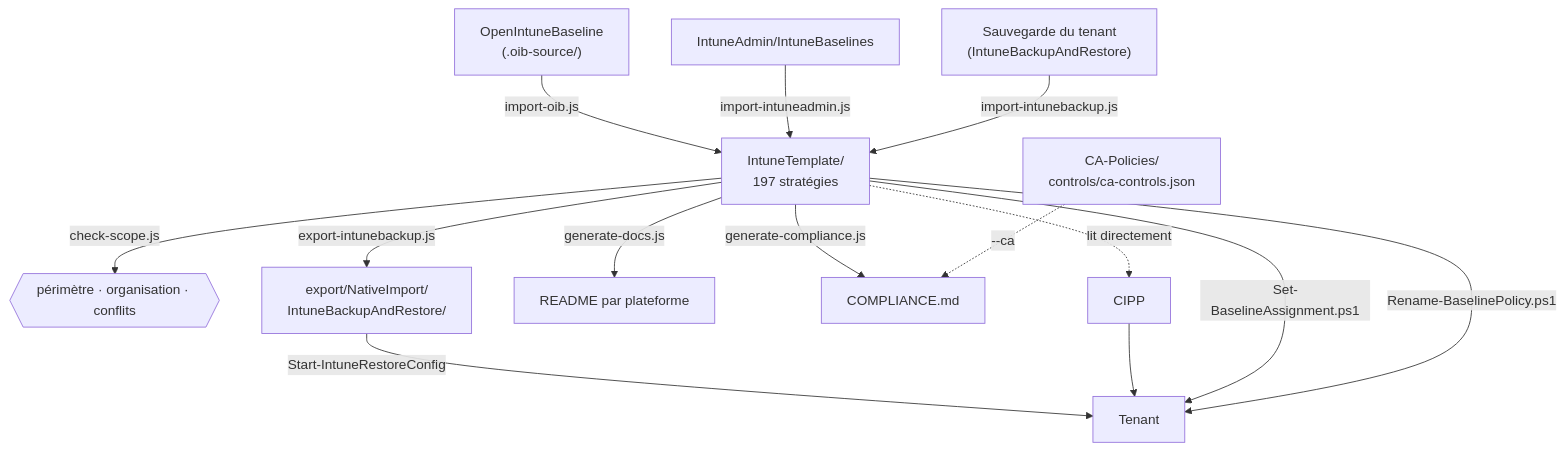
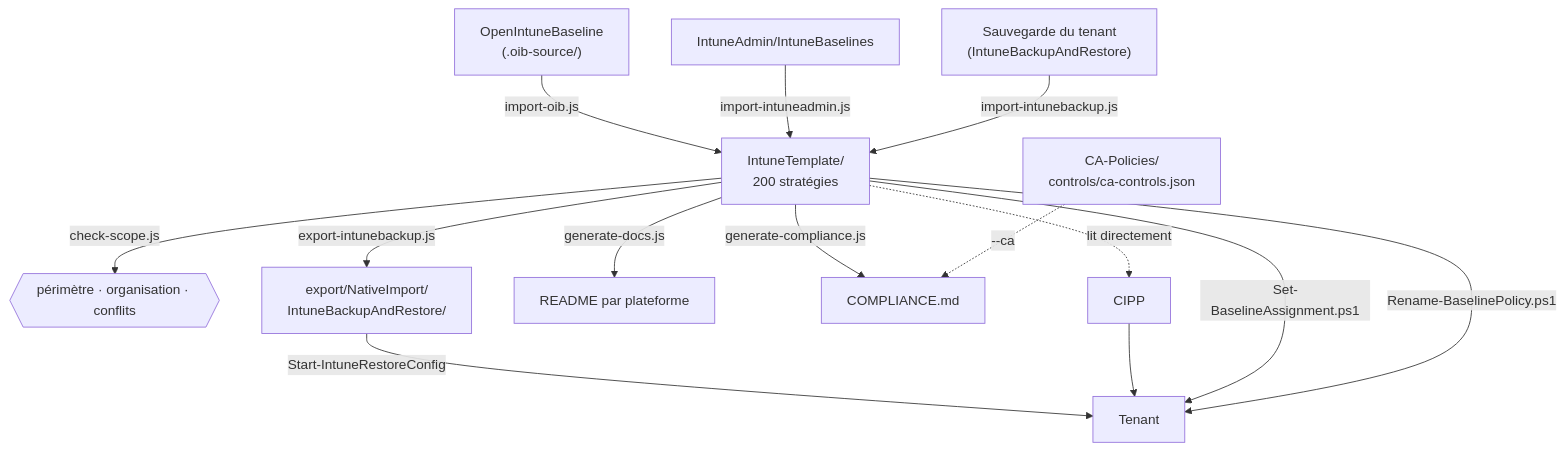
The diagram in scripts/README.fr.md (sjkanon/IntuneBackup), drawn with Mermaid before and after one commit. The commit also changed 63 other files, not shown here.

````diff
--- a/scripts/README.fr.md
+++ b/scripts/README.fr.md
@@ -9,17 +9,17 @@
 ```mermaid
 flowchart TD
   OIB["OpenIntuneBaseline<br/>(.oib-source/)"] -->|import-oib.js| T
   IA["IntuneAdmin/IntuneBaselines"] -->|import-intuneadmin.js| T
   TEN["Sauvegarde du tenant<br/>(IntuneBackupAndRestore)"] -->|import-intunebackup.js| T
-  T["IntuneTemplate/<br/>197 stratégies"]
+  T["IntuneTemplate/<br/>200 stratégies"]
   T -->|check-scope.js| CHK{{"périmètre · organisation · conflits"}}
   T -->|export-intunebackup.js| EX["export/NativeImport/<br/>IntuneBackupAndRestore/"]
   T -->|generate-docs.js| DOC["README par plateforme"]
   T -->|generate-compliance.js| CMP["COMPLIANCE.md"]
   CA["CA-Policies/<br/>controls/ca-controls.json"] -.->|--ca| CMP
   T -.->|lit directement| CIPP["CIPP"]
   EX -->|Start-IntuneRestoreConfig| TENANT["Tenant"]
   CIPP --> TENANT
   T -->|Set-BaselineAssignment.ps1| TENANT
   T -->|Rename-BaselinePolicy.ps1| TENANT
 ```
````
